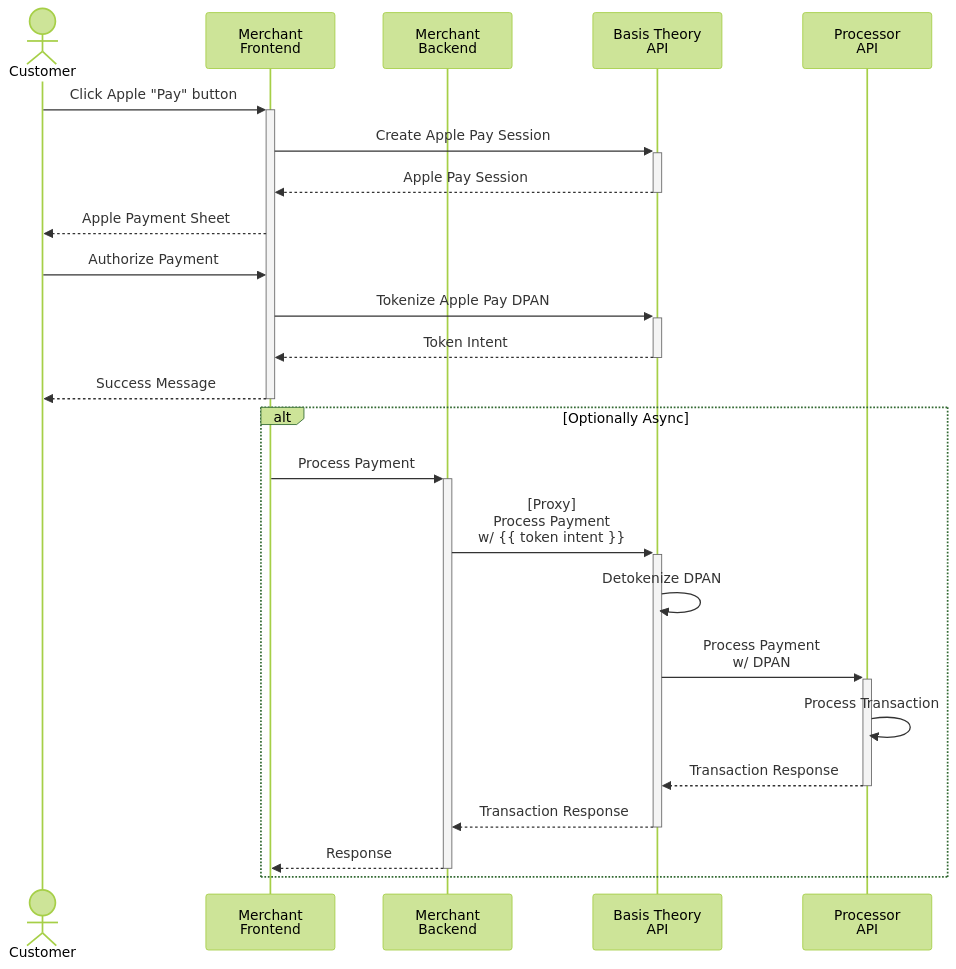
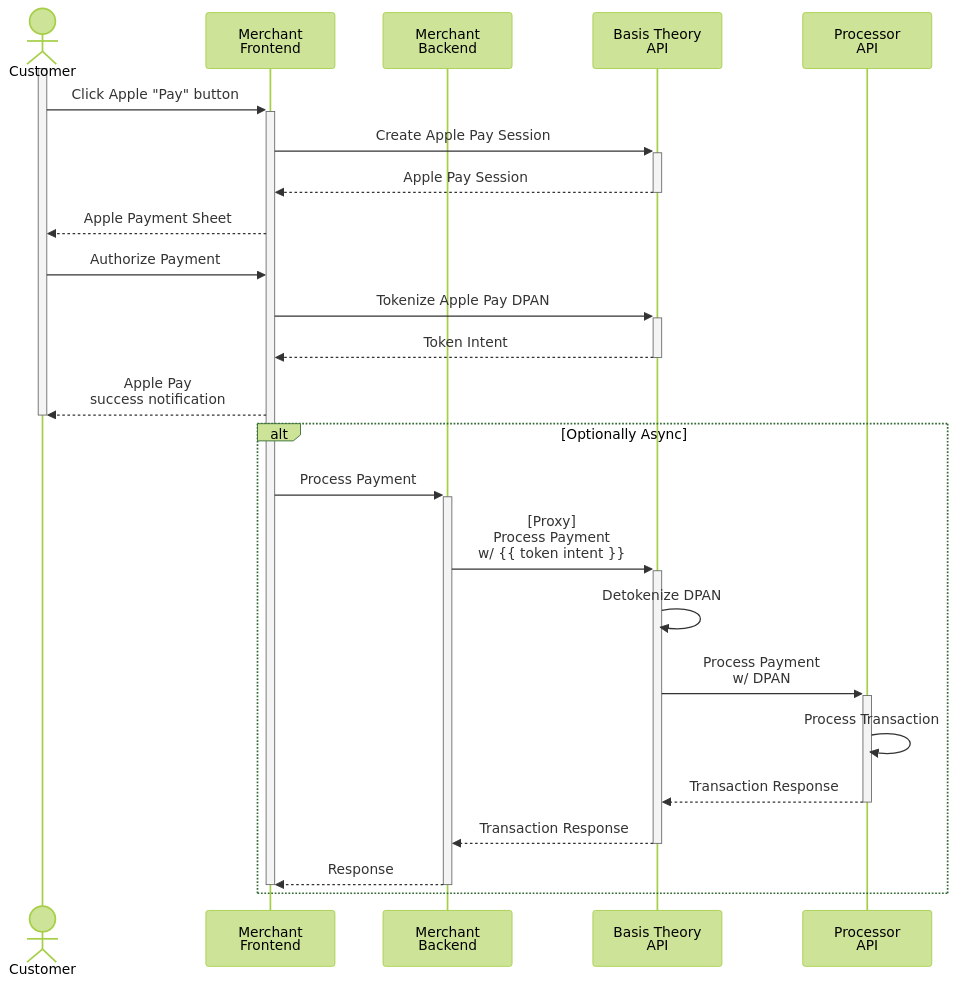
The diagram in docs/guides/apple-pay/accept-payments.mdx (Basis-Theory/developers.basistheory.com), drawn with Mermaid (forest theme) before and after one commit.

````diff
--- a/docs/guides/apple-pay/accept-payments.mdx
+++ b/docs/guides/apple-pay/accept-payments.mdx
@@ -26,31 +26,33 @@
 ```mermaid
 sequenceDiagram
 
 	actor cus as Customer
 	participant mfe as Merchant<br>Frontend
 	participant msb as Merchant<br>Backend
 	participant bta as Basis Theory<br>API
 	participant psp as Processor<br>API
 
+	activate cus
 	cus ->>+ mfe: Click Apple "Pay" button
 	mfe ->>+ bta: Create Apple Pay Session
 	bta -->>- mfe: Apple Pay Session
 	mfe -->> cus: Apple Payment Sheet
 	cus ->> mfe: Authorize Payment
 	mfe ->>+ bta: Tokenize Apple Pay DPAN
 
 	bta -->>- mfe: Token Intent
-	mfe -->>- cus: Success Message
+	mfe -->> cus: Apple Pay<br>success notification
+	deactivate cus
+
 	alt Optionally Async
 		mfe ->>+ msb: Process Payment
 		msb ->>+ bta: [Proxy]<br>Process Payment<br>w/ {{ token intent }}
 		bta ->> bta: Detokenize DPAN
 		bta ->>+ psp: Process Payment<br>w/ DPAN
 		psp ->> psp: Process Transaction
 		psp -->>- bta: Transaction Response
 		bta -->>- msb: Transaction Response
 		msb -->>- mfe: Response
+	  deactivate mfe
 	end
-
-
 ```
````
